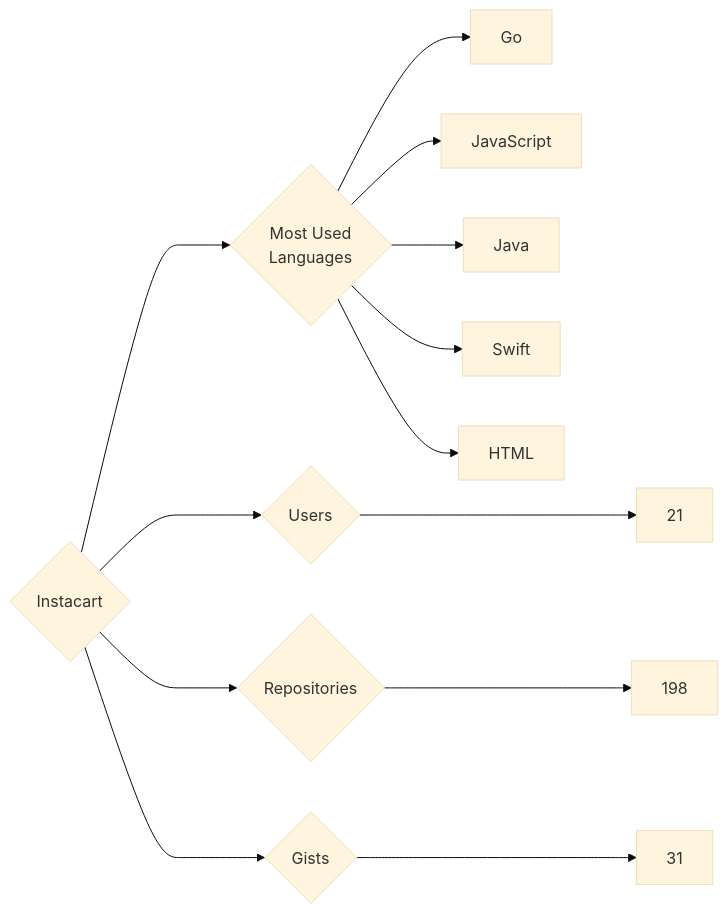
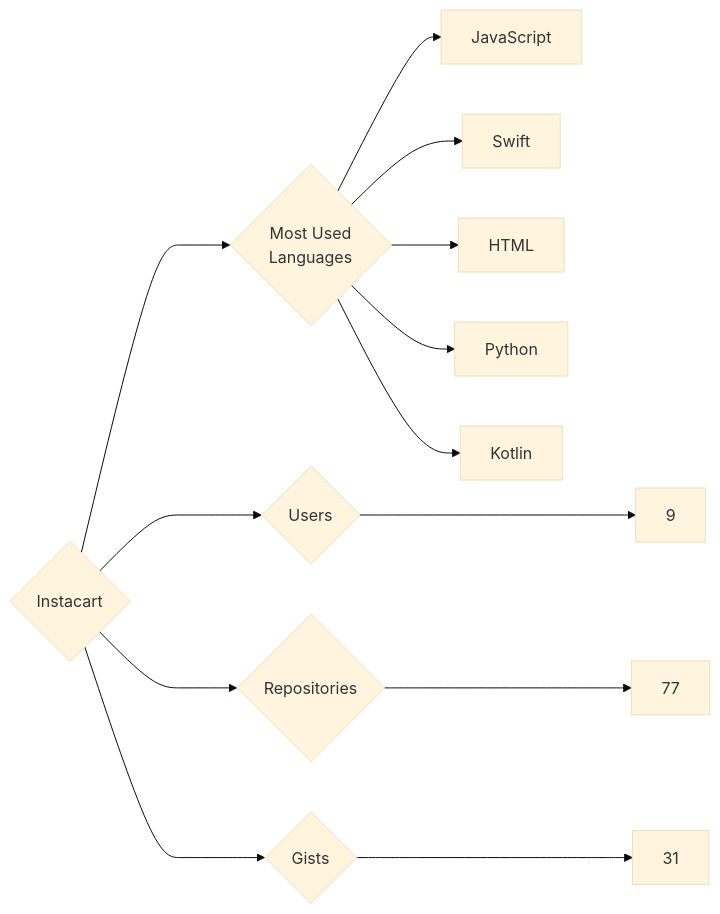
One commit to trickest/insiders changed the diagram in targets/Instacart/README.md. Above: the diagram before and after it, drawn with Mermaid (base theme). The commit also changed 1238 other files, not shown here.

````diff
--- a/targets/Instacart/README.md
+++ b/targets/Instacart/README.md
@@ -3,13 +3,13 @@
 ```mermaid
 graph LR
 COMPANY_NAME{Instacart}
-COMPANY_NAME ---> U{Users} ---> UN[21]
-COMPANY_NAME ---> R{Repositories} ---> RN[198]
+COMPANY_NAME ---> U{Users} ---> UN[9]
+COMPANY_NAME ---> R{Repositories} ---> RN[77]
 COMPANY_NAME ---> G{Gists} ---> GN[31]
 COMPANY_NAME ---> ML{Most Used<br>Languages}
-ML --> Go[Go]
 ML --> JavaScript[JavaScript]
-ML --> Java[Java]
 ML --> Swift[Swift]
 ML --> HTML[HTML]
+ML --> Python[Python]
+ML --> Kotlin[Kotlin]
 ```
````
